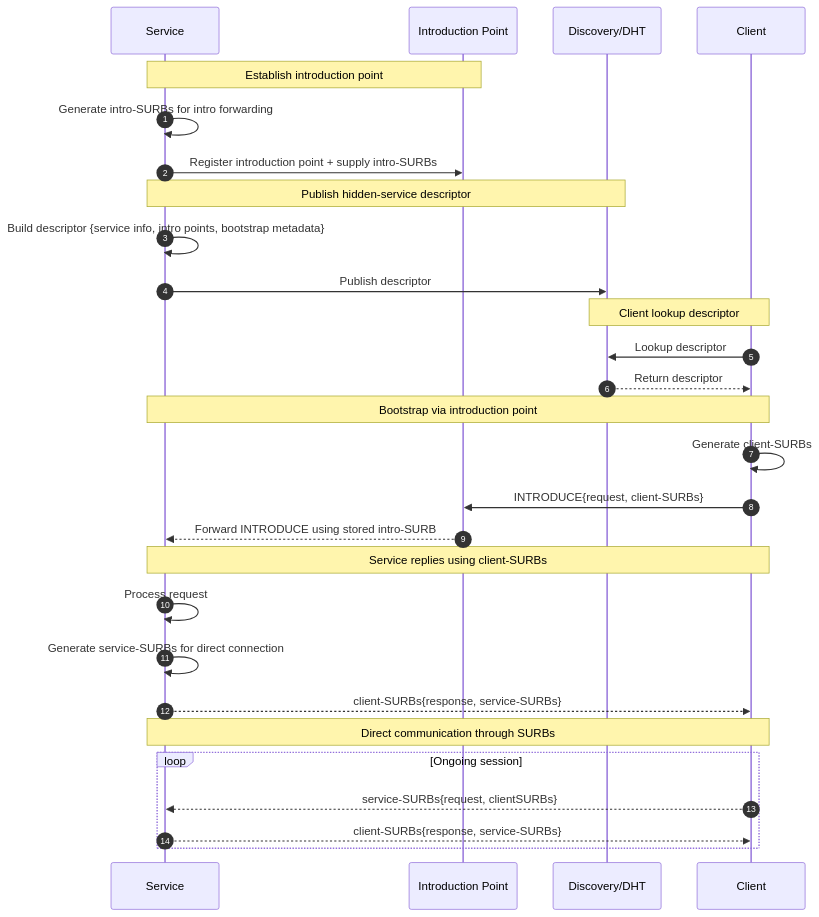
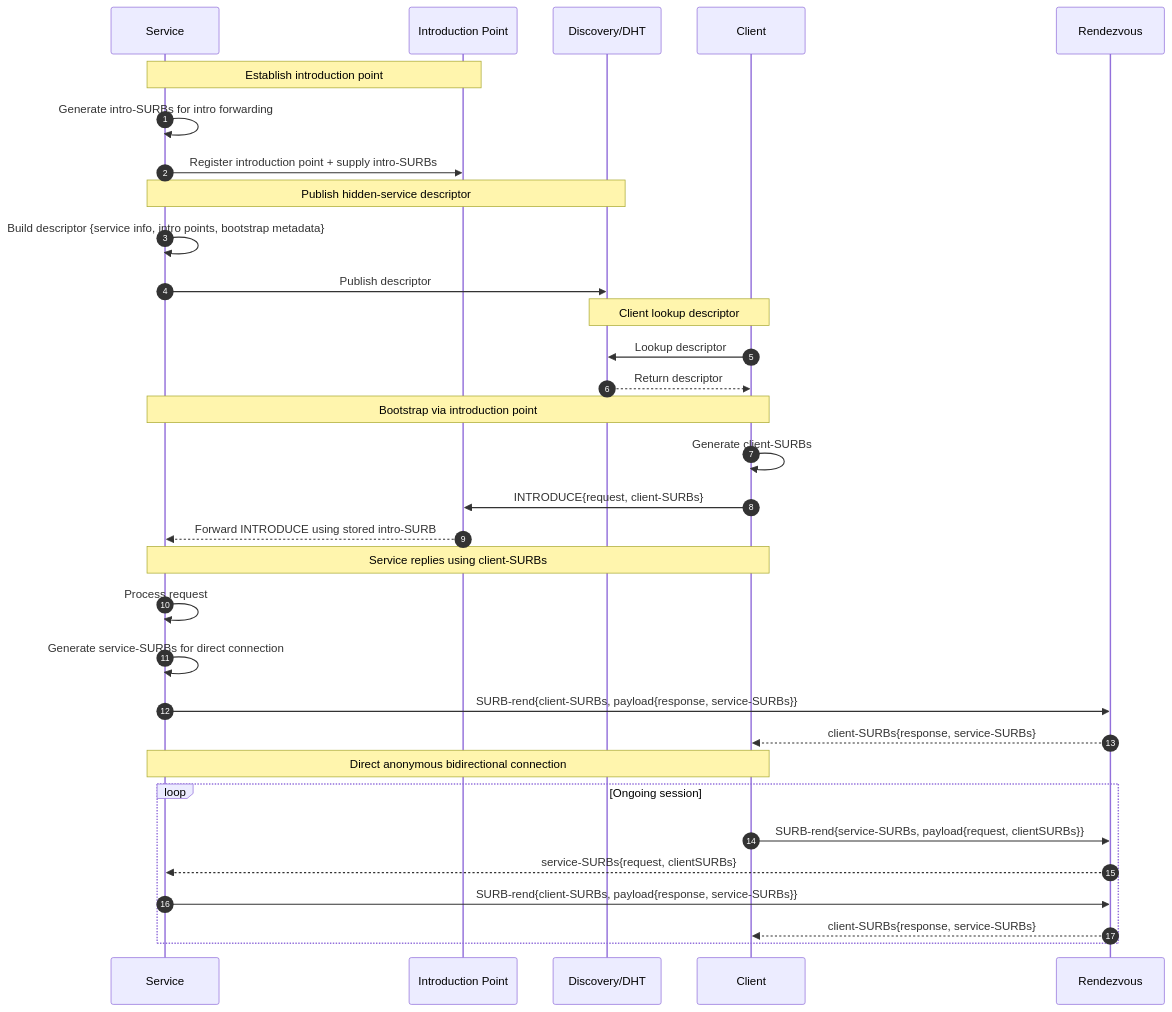
One commit to logos-co/logos-lips changed the diagram in docs/anoncomms/raw/mix-hidden-service.md. Above: the diagram before and after it, drawn with Mermaid. The commit also changed other lines of this file, not shown here.

Commit message:
fix: add SURB-rend for the client-service communication.

````diff
--- a/docs/anoncomms/raw/mix-hidden-service.md
+++ b/docs/anoncomms/raw/mix-hidden-service.md
@@ -213,36 +215,40 @@
 ```mermaid
 sequenceDiagram
     autonumber
     participant S as Service
     participant IP as Introduction Point
     participant Disc as Discovery/DHT
     participant C as Client
+    participant R as Rendezvous
 
     Note over S,IP: Establish introduction point
     S->>S: Generate intro-SURBs for intro forwarding
     S->>IP: Register introduction point + supply intro-SURBs
 
     Note over S,Disc: Publish hidden-service descriptor
     S->>S: Build descriptor {service info, intro points, bootstrap metadata}
     S->>Disc: Publish descriptor
 
     Note over C,Disc: Client lookup descriptor
     C->>Disc: Lookup descriptor 
     Disc-->>C: Return descriptor
 
     Note over C,S: Bootstrap via introduction point
     C->>C: Generate client-SURBs
     C->>IP: INTRODUCE{request, client-SURBs}
     IP-->>S: Forward INTRODUCE using stored intro-SURB
 
     Note over S,C: Service replies using client-SURBs
     S->>S: Process request
     S->>S: Generate service-SURBs for direct connection
-    S-->>C: client-SURBs{response, service-SURBs}
+    S->>R: SURB-rend{client-SURBs, payload{response, service-SURBs}}
+    R-->>C: client-SURBs{response, service-SURBs}
 
-    Note over C,S: Direct communication through SURBs
+    Note over C,S: Direct anonymous bidirectional connection
     loop Ongoing session
-        C-->>S: service-SURBs{request, clientSURBs}
-        S-->>C: client-SURBs{response, service-SURBs}
+        C->>R: SURB-rend{service-SURBs, payload{request, clientSURBs}}
+        R-->>S: service-SURBs{request, clientSURBs}
+        S->>R: SURB-rend{client-SURBs, payload{response, service-SURBs}}
+        R-->>C: client-SURBs{response, service-SURBs}
     end
 ```
````
